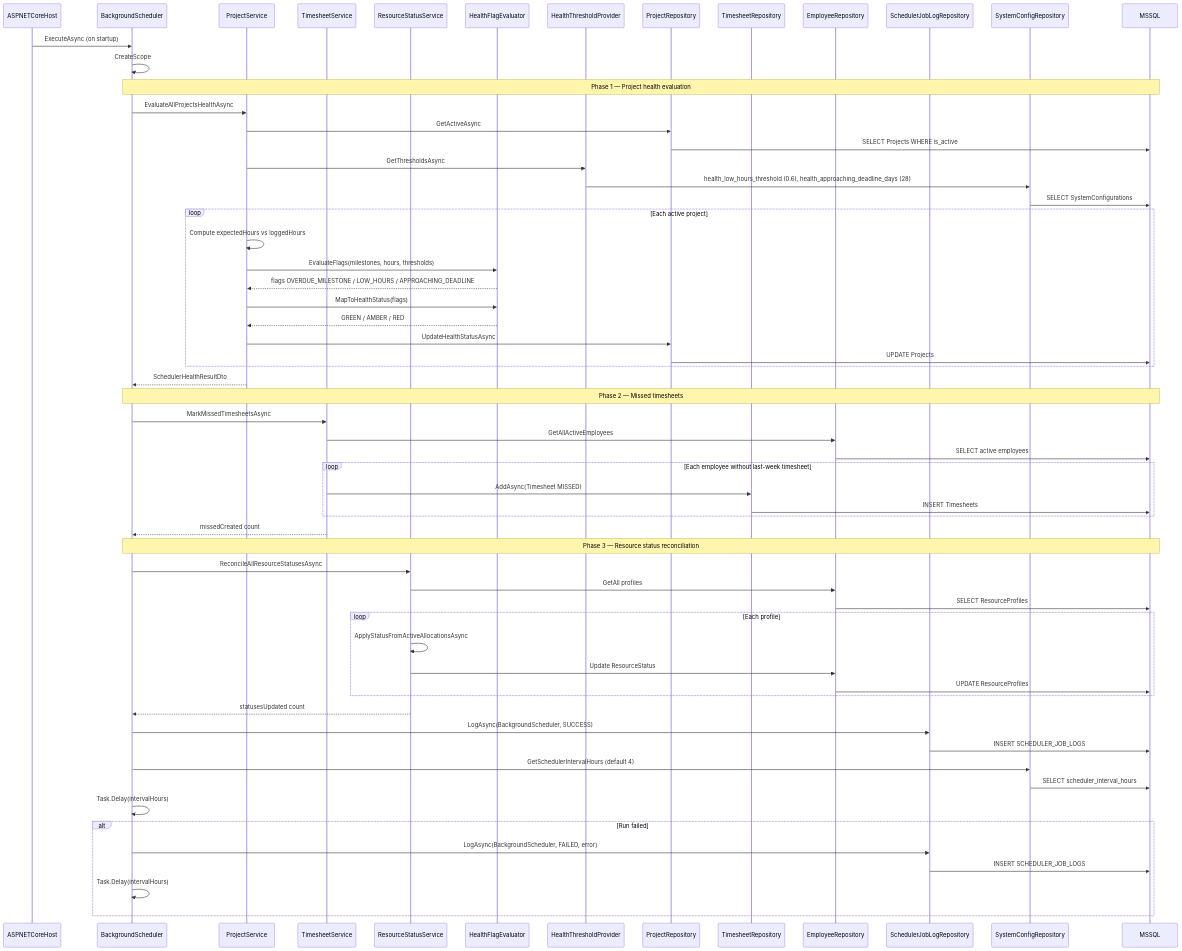
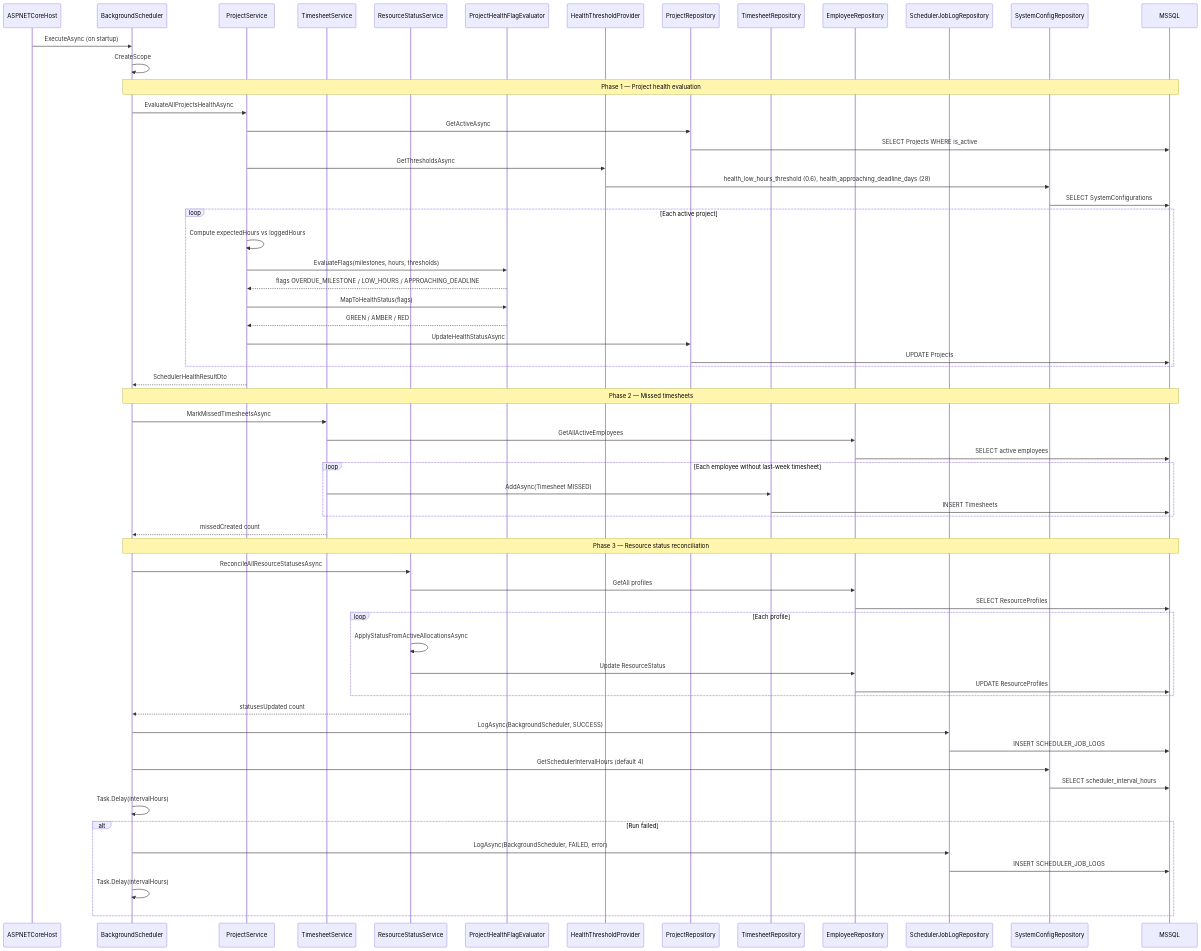
Before and after one commit to kashishsharma2002/PRM_Workspace: the sixth of 6 diagrams in docs/Diagrams/UpdatedSequenceDiagrams.md, drawn with Mermaid. The commit also changed other lines of this file and 160 other files, not shown here.

````diff
--- a/docs/Diagrams/UpdatedSequenceDiagrams.md
+++ b/docs/Diagrams/UpdatedSequenceDiagrams.md
@@ -372,73 +372,73 @@
 ```mermaid
 sequenceDiagram
     participant Host as ASPNETCoreHost
     participant Scheduler as BackgroundScheduler
     participant ProjSvc as ProjectService
     participant TsSvc as TimesheetService
     participant StatusSvc as ResourceStatusService
-    participant Evaluator as HealthFlagEvaluator
+    participant Evaluator as ProjectHealthFlagEvaluator
     participant Threshold as HealthThresholdProvider
     participant ProjRepo as ProjectRepository
     participant TsRepo as TimesheetRepository
     participant EmpRepo as EmployeeRepository
     participant JobLog as SchedulerJobLogRepository
     participant ConfigRepo as SystemConfigRepository
     participant DB as MSSQL
 
     Host->>Scheduler: ExecuteAsync (on startup)
     Scheduler->>Scheduler: CreateScope
 
     Note over Scheduler,DB: Phase 1 — Project health evaluation
 
     Scheduler->>ProjSvc: EvaluateAllProjectsHealthAsync
     ProjSvc->>ProjRepo: GetActiveAsync
     ProjRepo->>DB: SELECT Projects WHERE is_active
     ProjSvc->>Threshold: GetThresholdsAsync
     Threshold->>ConfigRepo: health_low_hours_threshold (0.6), health_approaching_deadline_days (28)
     ConfigRepo->>DB: SELECT SystemConfigurations
     loop Each active project
         ProjSvc->>ProjSvc: Compute expectedHours vs loggedHours
         ProjSvc->>Evaluator: EvaluateFlags(milestones, hours, thresholds)
         Evaluator-->>ProjSvc: flags OVERDUE_MILESTONE / LOW_HOURS / APPROACHING_DEADLINE
         ProjSvc->>Evaluator: MapToHealthStatus(flags)
         Evaluator-->>ProjSvc: GREEN / AMBER / RED
         ProjSvc->>ProjRepo: UpdateHealthStatusAsync
         ProjRepo->>DB: UPDATE Projects
     end
     ProjSvc-->>Scheduler: SchedulerHealthResultDto
 
     Note over Scheduler,DB: Phase 2 — Missed timesheets
 
     Scheduler->>TsSvc: MarkMissedTimesheetsAsync
     TsSvc->>EmpRepo: GetAllActiveEmployees
     EmpRepo->>DB: SELECT active employees
     loop Each employee without last-week timesheet
         TsSvc->>TsRepo: AddAsync(Timesheet MISSED)
         TsRepo->>DB: INSERT Timesheets
     end
     TsSvc-->>Scheduler: missedCreated count
 
     Note over Scheduler,DB: Phase 3 — Resource status reconciliation
 
     Scheduler->>StatusSvc: ReconcileAllResourceStatusesAsync
     StatusSvc->>EmpRepo: GetAll profiles
     EmpRepo->>DB: SELECT ResourceProfiles
     loop Each profile
         StatusSvc->>StatusSvc: ApplyStatusFromActiveAllocationsAsync
         StatusSvc->>EmpRepo: Update ResourceStatus
         EmpRepo->>DB: UPDATE ResourceProfiles
     end
     StatusSvc-->>Scheduler: statusesUpdated count
 
     Scheduler->>JobLog: LogAsync(BackgroundScheduler, SUCCESS)
     JobLog->>DB: INSERT SCHEDULER_JOB_LOGS
     Scheduler->>ConfigRepo: GetSchedulerIntervalHours (default 4)
     ConfigRepo->>DB: SELECT scheduler_interval_hours
     Scheduler->>Scheduler: Task.Delay(intervalHours)
 
     alt Run failed
         Scheduler->>JobLog: LogAsync(BackgroundScheduler, FAILED, error)
         JobLog->>DB: INSERT SCHEDULER_JOB_LOGS
         Scheduler->>Scheduler: Task.Delay(intervalHours)
     end
 ```
````
